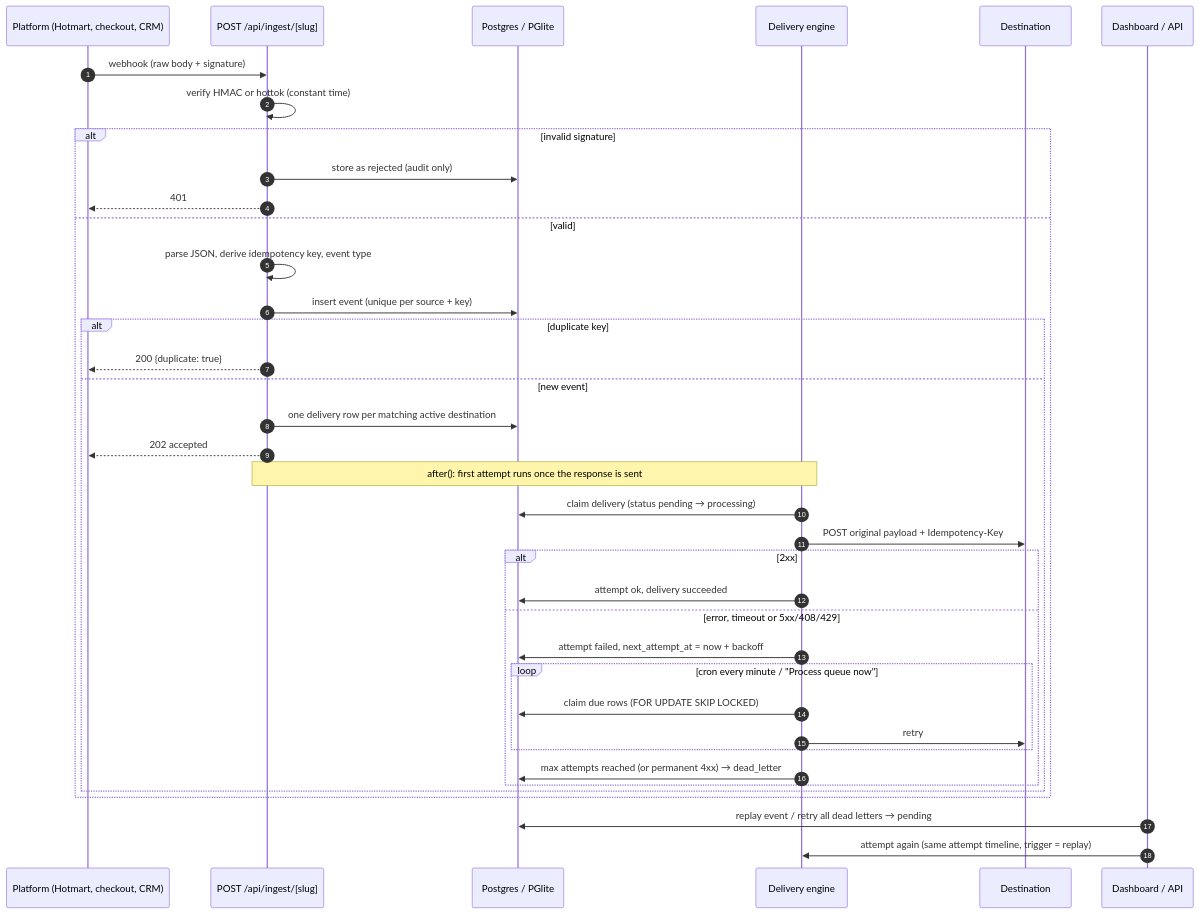
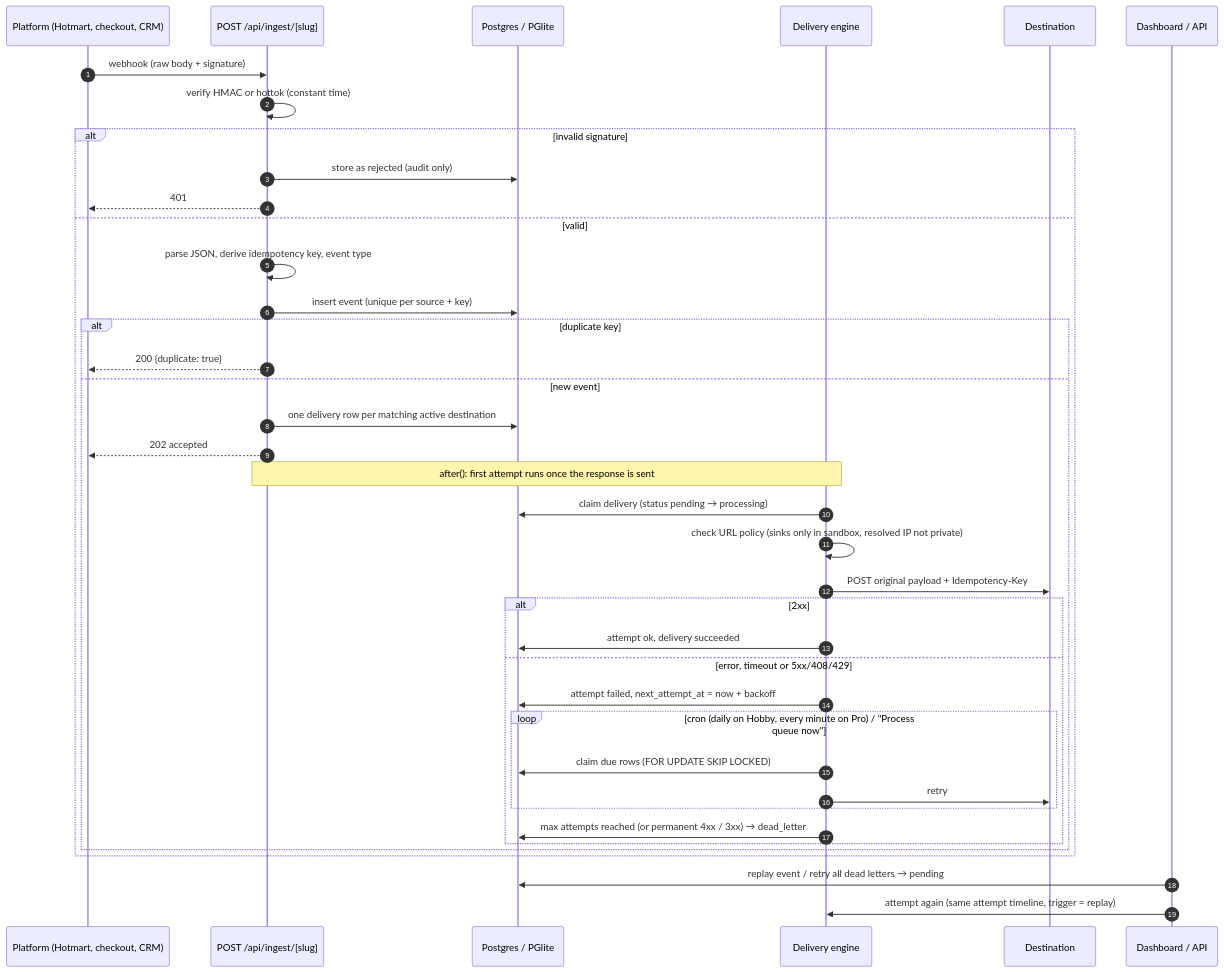
Before and after one commit to trichains/webhook-relay: the diagram in README.md, drawn with Mermaid. The commit also changed other lines of this file and 2 other files, not shown here.

````diff
--- a/README.md
+++ b/README.md
@@ -41,41 +45,42 @@
 ```mermaid
 sequenceDiagram
     autonumber
     participant P as Platform (Hotmart, checkout, CRM)
     participant I as POST /api/ingest/[slug]
     participant DB as Postgres / PGlite
     participant W as Delivery engine
     participant D as Destination
     participant U as Dashboard / API
 
     P->>I: webhook (raw body + signature)
     I->>I: verify HMAC or hottok (constant time)
     alt invalid signature
         I->>DB: store as rejected (audit only)
         I-->>P: 401
     else valid
         I->>I: parse JSON, derive idempotency key, event type
         I->>DB: insert event (unique per source + key)
         alt duplicate key
             I-->>P: 200 {duplicate: true}
         else new event
             I->>DB: one delivery row per matching active destination
             I-->>P: 202 accepted
             Note over I,W: after(): first attempt runs once the response is sent
             W->>DB: claim delivery (status pending → processing)
+            W->>W: check URL policy (sinks only in sandbox, resolved IP not private)
             W->>D: POST original payload + Idempotency-Key
             alt 2xx
                 W->>DB: attempt ok, delivery succeeded
             else error, timeout or 5xx/408/429
                 W->>DB: attempt failed, next_attempt_at = now + backoff
-                loop cron every minute / "Process queue now"
+                loop cron (daily on Hobby, every minute on Pro) / "Process queue now"
                     W->>DB: claim due rows (FOR UPDATE SKIP LOCKED)
                     W->>D: retry
                 end
-                W->>DB: max attempts reached (or permanent 4xx) → dead_letter
+                W->>DB: max attempts reached (or permanent 4xx / 3xx) → dead_letter
             end
         end
     end
     U->>DB: replay event / retry all dead letters → pending
     U->>W: attempt again (same attempt timeline, trigger = replay)
 ```
````
